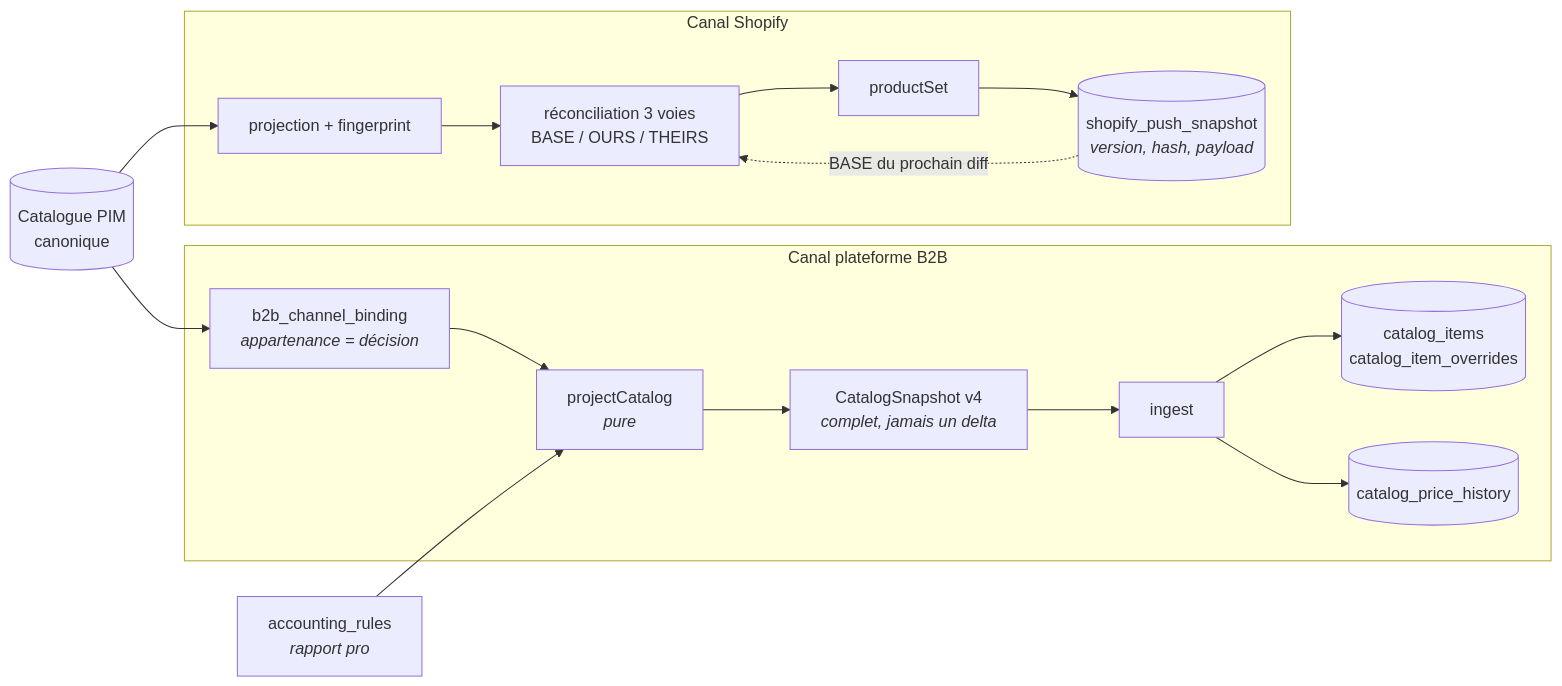
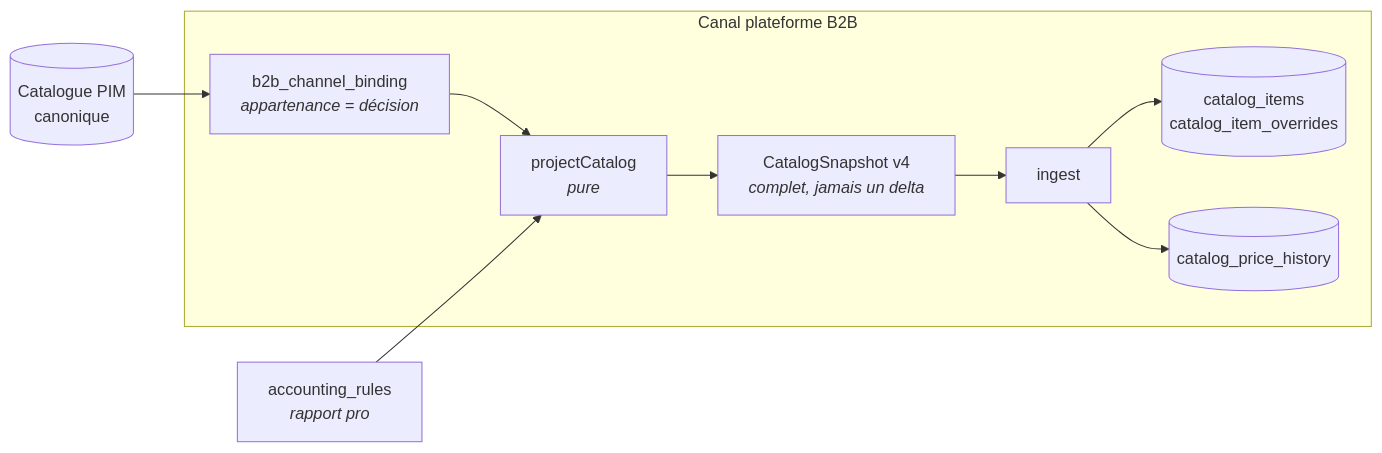
The third of 4 diagrams in documentation/pim/flux-catalogue-et-versionnement.md (hugoheynard/lfd), drawn with Mermaid before and after one commit. The commit also changed other lines of this file and 17 other files, not shown here.

````diff
--- a/documentation/pim/flux-catalogue-et-versionnement.md
+++ b/documentation/pim/flux-catalogue-et-versionnement.md
@@ -117,28 +117,18 @@
 ```mermaid
 flowchart LR
     PIM[("Catalogue PIM<br/>canonique")]
 
     subgraph B2B["Canal plateforme B2B"]
         MB["b2b_channel_binding<br/><i>appartenance = décision</i>"]
         PJ["projectCatalog<br/><i>pure</i>"]
         SNAP["CatalogSnapshot v4<br/><i>complet, jamais un delta</i>"]
         ING["ingest"]
         CI[("catalog_items<br/>catalog_item_overrides")]
         CPH[("catalog_price_history")]
         MB --> PJ --> SNAP --> ING --> CI
         ING --> CPH
     end
 
-    subgraph SHO["Canal Shopify"]
-        SPJ["projection + fingerprint"]
-        REC["réconciliation 3 voies<br/>BASE / OURS / THEIRS"]
-        PUSH["productSet"]
-        SPS[("shopify_push_snapshot<br/><i>version, hash, payload</i>")]
-        SPJ --> REC --> PUSH --> SPS
-        SPS -.->|BASE du prochain diff| REC
-    end
-
     PIM --> MB
-    PIM --> SPJ
     ACCR["accounting_rules<br/><i>rapport pro</i>"] --> PJ
 ```
````
